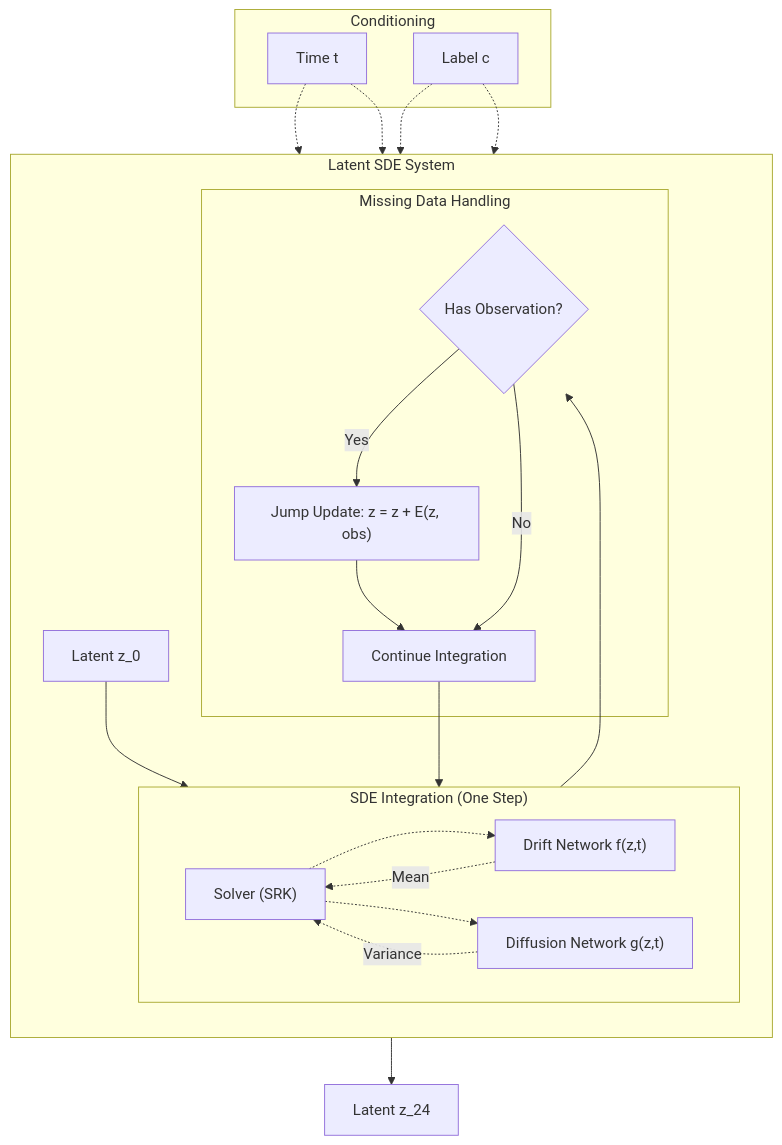
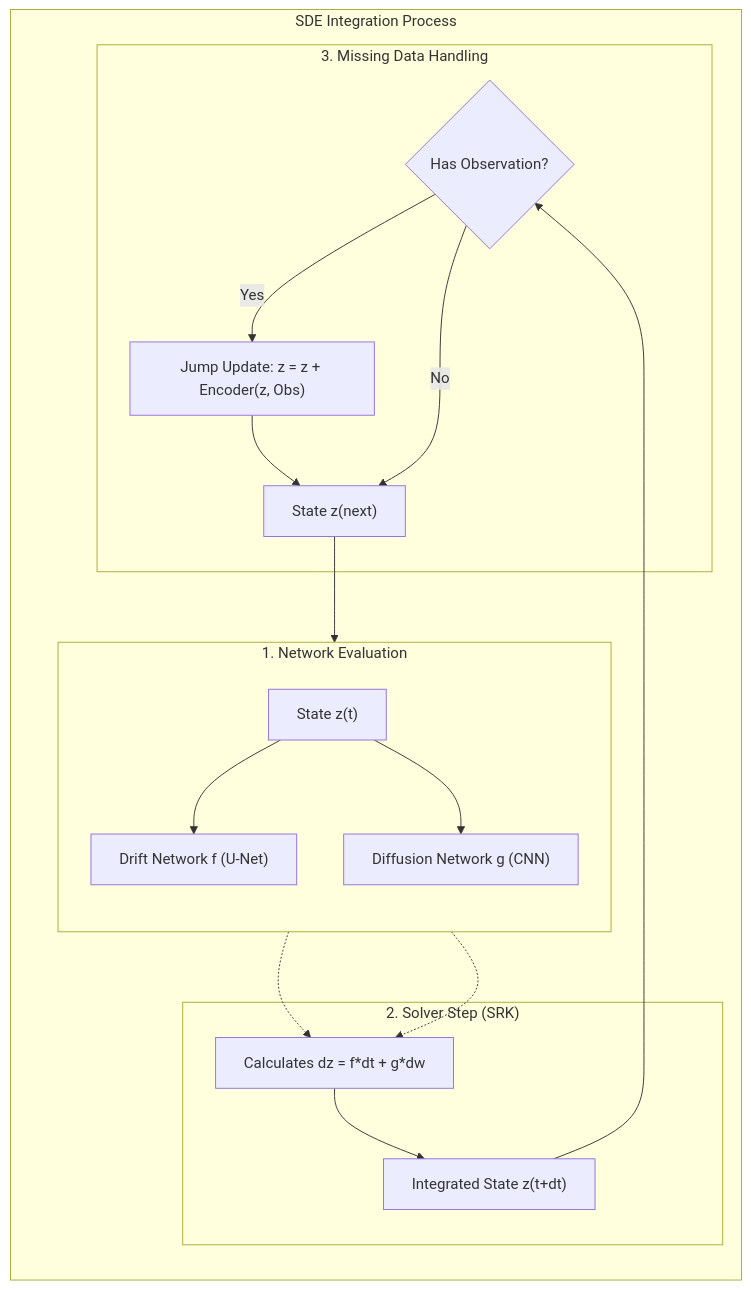
Before and after one commit to avalanchezy/IL-CLDM: the second of 2 diagrams in README.md, drawn with Mermaid. The commit also changed other lines of this file, not shown here.

````diff
--- a/README.md
+++ b/README.md
@@ -34,45 +38,36 @@
 ```mermaid
 graph TD
-    %% System Inputs
-    subgraph Conditioning
-    T["Time t"]
-    L["Label c"]
+    subgraph "SDE Integration Process"
+        direction TB
+        
+        state_t["State z(t)"]
+        
+        subgraph "1. Network Evaluation"
+            direction TB
+            f["Drift Network f (U-Net)"]
+            g["Diffusion Network g (CNN)"]
+            
+            state_t --> f
+            state_t --> g
+        end
+        
+        subgraph "2. Solver Step (SRK)"
+            calc["Calculates dz = f*dt + g*dw"]
+            f -.-> calc
+            g -.-> calc
+            step["Integrated State z(t+dt)"]
+            calc --> step
+        end
+
+        subgraph "3. Missing Data Handling"
+            check{"Has Observation?"}
+            jump["Jump Update: z = z + Encoder(z, Obs)"]
+            
+            step --> check
+            check -- "Yes" --> jump --> next["State z(next)"]
+            check -- "No" --> next
+        end
     end
     
-    subgraph "Latent SDE System"
-        direction TB
-        Input["Latent z_0"]
-        
-        %% SDE Solver Box
-        subgraph "SDE Integration (One Step)"
-            direction LR
-            Solver["Solver (SRK)"]
-            f["Drift Network f(z,t)"]
-            g["Diffusion Network g(z,t)"]
-            
-            Solver -.-> f & g
-            f -.->|Mean| Solver
-            g -.->|Variance| Solver
-        end
-
-        %% Missing Data Loop
-        subgraph "Missing Data Handling"
-            Check{"Has Observation?"}
-            Update["Jump Update: z = z + E(z, obs)"]
-            Continue["Continue Integration"]
-        end
-        
-        Input --> Solver
-        Solver --> Check
-        Check --"Yes"--> Update --> Continue
-        Check --"No"--> Continue
-        Continue --> Solver
-        
-    end
-
-    %% Conditioning connections
-    T & L -.-> f & g
-
-    %% Output
-    Solver --> Output["Latent z_24"]
+    next --> state_t
 ```
````
